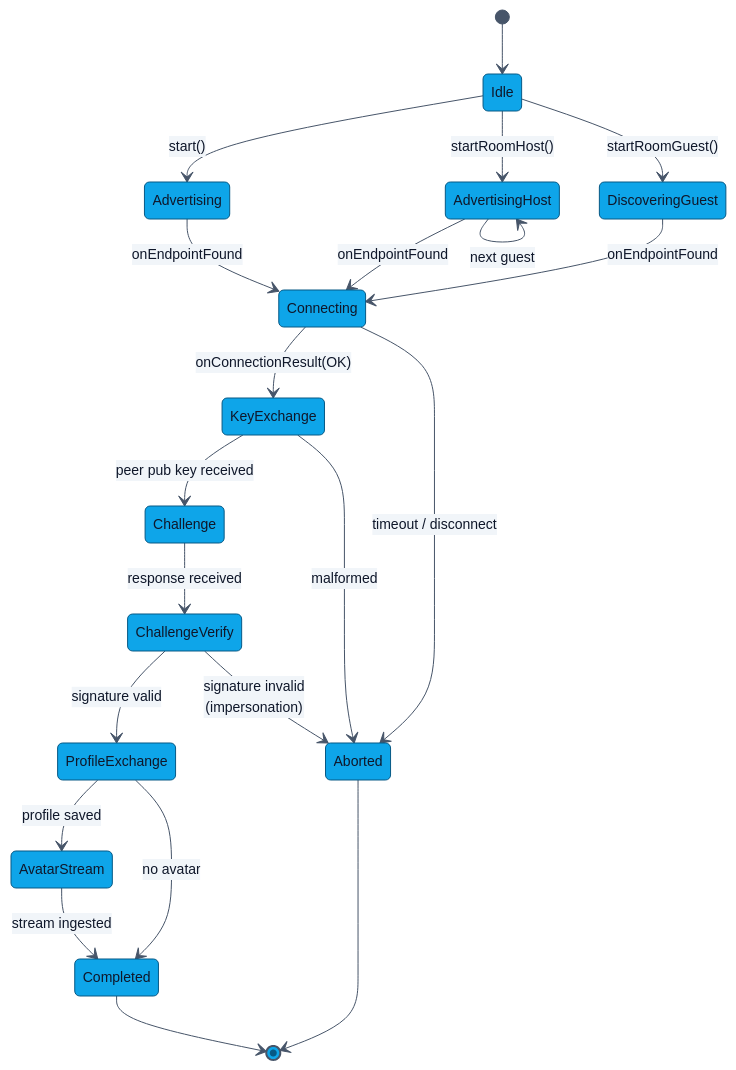
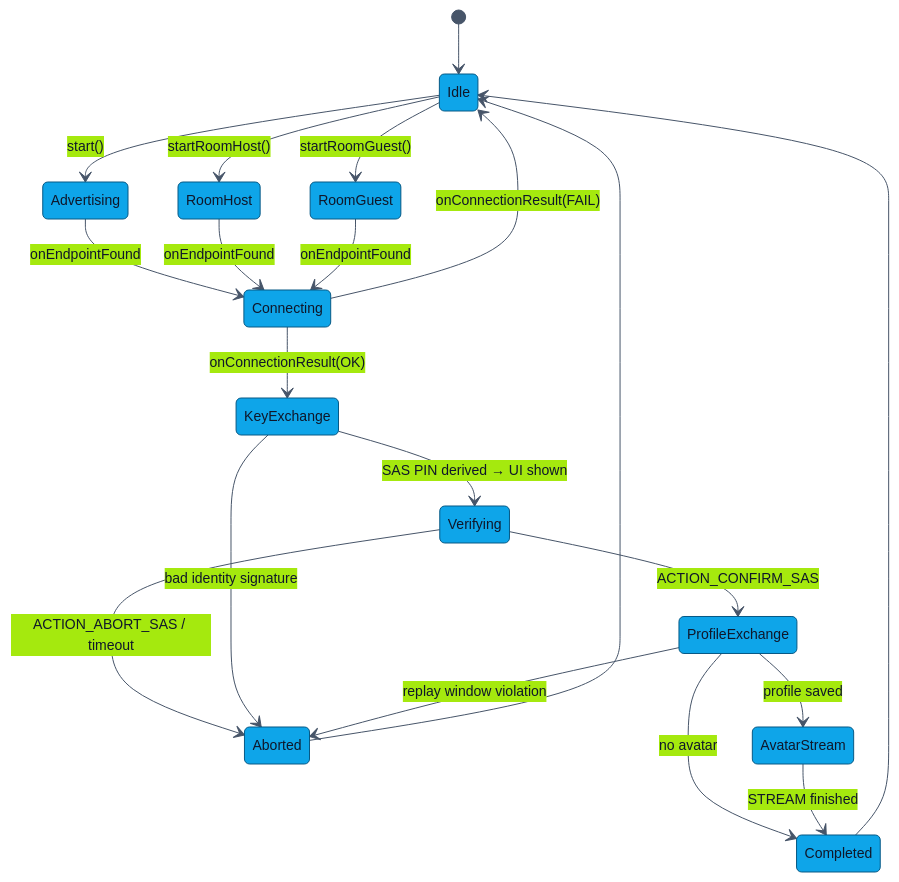
One commit to Yash-Awasthi/Aura changed the third of 4 diagrams in docs/ARCHITECTURE.md. Above: the diagram before and after it, drawn with Mermaid. The commit also changed other lines of this file and 10 other files, not shown here.

````diff
--- a/docs/ARCHITECTURE.md
+++ b/docs/ARCHITECTURE.md
@@ -189,35 +218,30 @@
 ```mermaid
 %%{init: {'theme':'base','themeVariables':{
   'fontFamily':'ui-monospace, SFMono-Regular, Menlo, Monaco, monospace',
   'fontSize':'14px',
   'primaryColor':'#0EA5E9',
   'primaryTextColor':'#0F172A',
   'primaryBorderColor':'#075985',
-  'lineColor':'#475569',
-  'secondaryColor':'#F1F5F9',
-  'tertiaryColor':'#FAFAF9',
-  'clusterBkg':'#F8FAFC',
-  'clusterBorder':'#CBD5E1'
-},'flowchart':{'curve':'basis','nodeSpacing':40,'rankSpacing':50,'padding':12},'sequence':{'actorMargin':50,'boxMargin':10,'noteMargin':10,'messageMargin':35}}}%%
+  'lineColor':'#475569'
+}}}%%
 stateDiagram-v2
     [*] --> Idle
     Idle --> Advertising: start()
-    Idle --> AdvertisingHost: startRoomHost()
-    Idle --> DiscoveringGuest: startRoomGuest()
+    Idle --> RoomHost: startRoomHost()
+    Idle --> RoomGuest: startRoomGuest()
     Advertising --> Connecting: onEndpointFound
-    AdvertisingHost --> Connecting: onEndpointFound
-    DiscoveringGuest --> Connecting: onEndpointFound
+    RoomHost --> Connecting: onEndpointFound
+    RoomGuest --> Connecting: onEndpointFound
     Connecting --> KeyExchange: onConnectionResult(OK)
-    KeyExchange --> Challenge: peer pub key received
-    Challenge --> ChallengeVerify: response received
-    ChallengeVerify --> ProfileExchange: signature valid
-    ChallengeVerify --> Aborted: signature invalid<br/>(impersonation)
+    Connecting --> Idle: onConnectionResult(FAIL)
+    KeyExchange --> Verifying: SAS PIN derived → UI shown
+    Verifying --> ProfileExchange: ACTION_CONFIRM_SAS
+    Verifying --> Aborted: ACTION_ABORT_SAS / timeout
     ProfileExchange --> AvatarStream: profile saved
     ProfileExchange --> Completed: no avatar
-    AvatarStream --> Completed: stream ingested
-    Completed --> [*]
-    Aborted --> [*]
-    Connecting --> Aborted: timeout / disconnect
-    KeyExchange --> Aborted: malformed
-    AdvertisingHost --> AdvertisingHost: next guest
+    AvatarStream --> Completed: STREAM finished
+    Completed --> Idle
+    KeyExchange --> Aborted: bad identity signature
+    ProfileExchange --> Aborted: replay window violation
+    Aborted --> Idle
 ```
````
